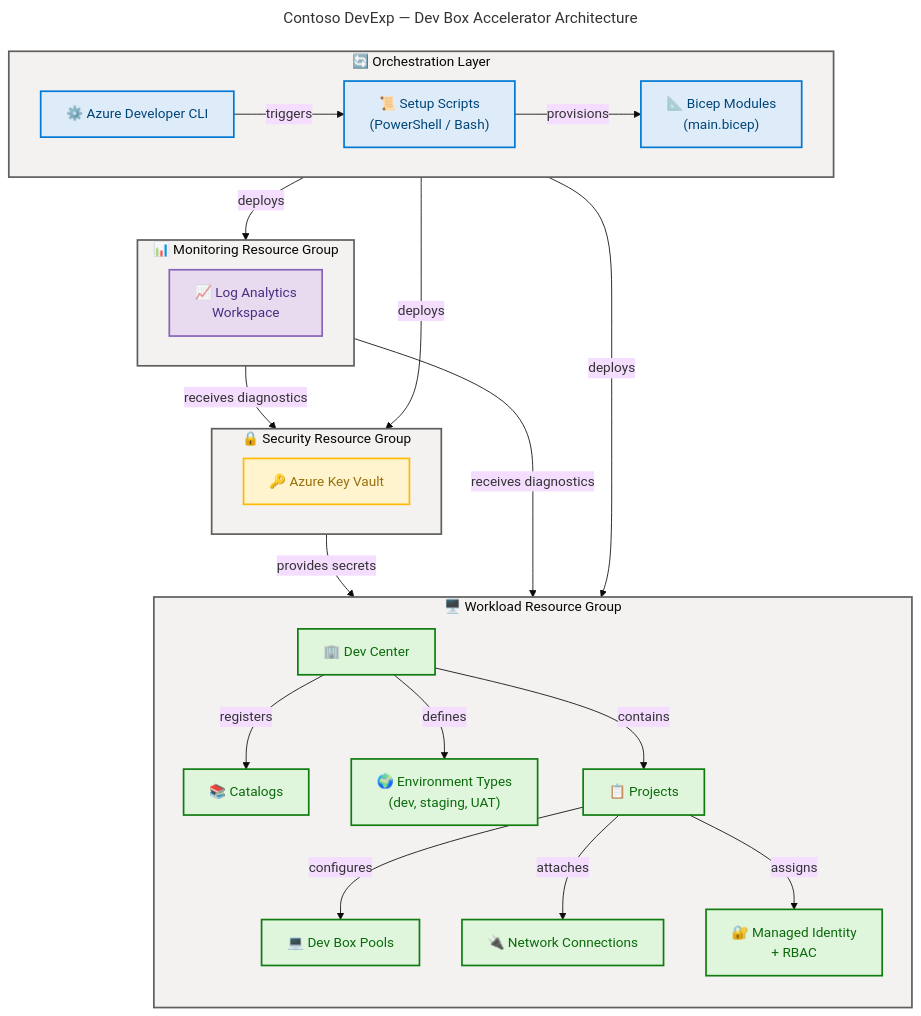
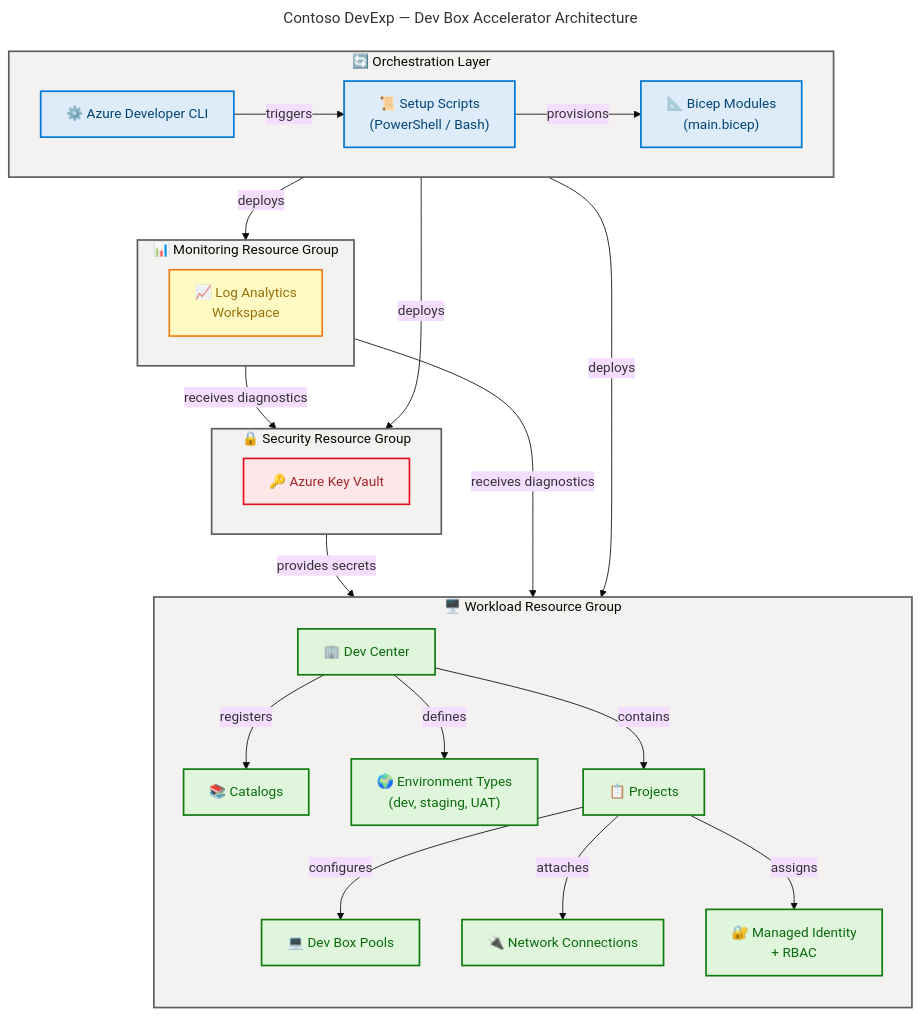
One commit to Evilazaro/DevExp-DevBox changed the diagram in README.md. Above: the diagram before and after it, drawn with Mermaid. The commit also changed other lines of this file, not shown here.

Commit message:
docs: enhance README.md with detailed deployment instructions and architecture overview

````diff
--- a/README.md
+++ b/README.md
@@ -55,70 +56,81 @@
 ```mermaid
 ---
 title: "Contoso DevExp — Dev Box Accelerator Architecture"
 config:
   theme: base
   look: classic
   layout: dagre
   flowchart:
     htmlLabels: true
 ---
 flowchart TB
+    %% ═══════════════════════════════════════════════════════════════════════════
+    %% AZURE / FLUENT ARCHITECTURE PATTERN v1.1
+    %% (Semantic + Structural + Font + Accessibility Governance)
+    %% ═══════════════════════════════════════════════════════════════════════════
+    %% PHASE 1 - STRUCTURAL: Direction explicit, flat topology, nesting ≤ 3
+    %% PHASE 2 - SEMANTIC: Colors justified, max 5 semantic classes, neutral-first
+    %% PHASE 3 - FONT: Dark text on light backgrounds, contrast ≥ 4.5:1
+    %% PHASE 4 - ACCESSIBILITY: accTitle/accDescr present, icons on all nodes
+    %% PHASE 5 - STANDARD: Governance block present, classDefs centralized
+    %% ═══════════════════════════════════════════════════════════════════════════
+
     accTitle: Dev Box Accelerator Architecture
-    accDescr: Shows the three-tier resource group architecture with orchestration layer, security, monitoring, and workload components
+    accDescr: Shows the three-tier resource group architecture with orchestration layer, security, monitoring, and workload components and their deployment relationships
 
     subgraph orchestration["🔄 Orchestration Layer"]
         direction LR
         azd["⚙️ Azure Developer CLI"]:::core
         setup["📜 Setup Scripts<br/>(PowerShell / Bash)"]:::core
         bicep["📐 Bicep Modules<br/>(main.bicep)"]:::core
 
         azd -->|"triggers"| setup
         setup -->|"provisions"| bicep
     end
 
     subgraph monitoring["📊 Monitoring Resource Group"]
         direction LR
         logAnalytics["📈 Log Analytics<br/>Workspace"]:::data
     end
 
     subgraph security["🔒 Security Resource Group"]
         direction LR
-        keyVault["🔑 Azure Key Vault"]:::warning
+        keyVault["🔑 Azure Key Vault"]:::danger
     end
 
     subgraph workload["🖥️ Workload Resource Group"]
         direction TB
         devCenter["🏢 Dev Center"]:::success
         catalog["📚 Catalogs"]:::success
         envTypes["🌍 Environment Types<br/>(dev, staging, UAT)"]:::success
         project["📋 Projects"]:::success
         pools["💻 Dev Box Pools"]:::success
         netConn["🔌 Network Connections"]:::success
         identity["🔐 Managed Identity<br/>+ RBAC"]:::success
 
         devCenter -->|"registers"| catalog
         devCenter -->|"defines"| envTypes
         devCenter -->|"contains"| project
         project -->|"configures"| pools
         project -->|"attaches"| netConn
         project -->|"assigns"| identity
     end
 
     bicep -->|"deploys"| monitoring
     bicep -->|"deploys"| security
     bicep -->|"deploys"| workload
     logAnalytics -->|"receives diagnostics"| devCenter
     logAnalytics -->|"receives diagnostics"| keyVault
     keyVault -->|"provides secrets"| devCenter
 
     style orchestration fill:#F3F2F1,stroke:#605E5C,stroke-width:2px
     style monitoring fill:#F3F2F1,stroke:#605E5C,stroke-width:2px
     style security fill:#F3F2F1,stroke:#605E5C,stroke-width:2px
     style workload fill:#F3F2F1,stroke:#605E5C,stroke-width:2px
 
     classDef core fill:#DEECF9,stroke:#0078D4,stroke-width:2px,color:#004578
     classDef success fill:#DFF6DD,stroke:#107C10,stroke-width:2px,color:#0B6A0B
-    classDef warning fill:#FFF4CE,stroke:#FFB900,stroke-width:2px,color:#986F0B
-    classDef data fill:#E8DAEF,stroke:#8764B8,stroke-width:2px,color:#4B2D83
-    classDef neutral fill:#FAFAFA,stroke:#8A8886,stroke-width:2px,color:#323130
+    classDef danger fill:#FDE7E9,stroke:#E81123,stroke-width:2px,color:#A4262C
+    classDef data fill:#FFF9C4,stroke:#F57F17,stroke-width:2px,color:#986F0B
+    classDef neutral fill:#EDEBE9,stroke:#8A8886,stroke-width:2px,color:#323130
 ```
````
